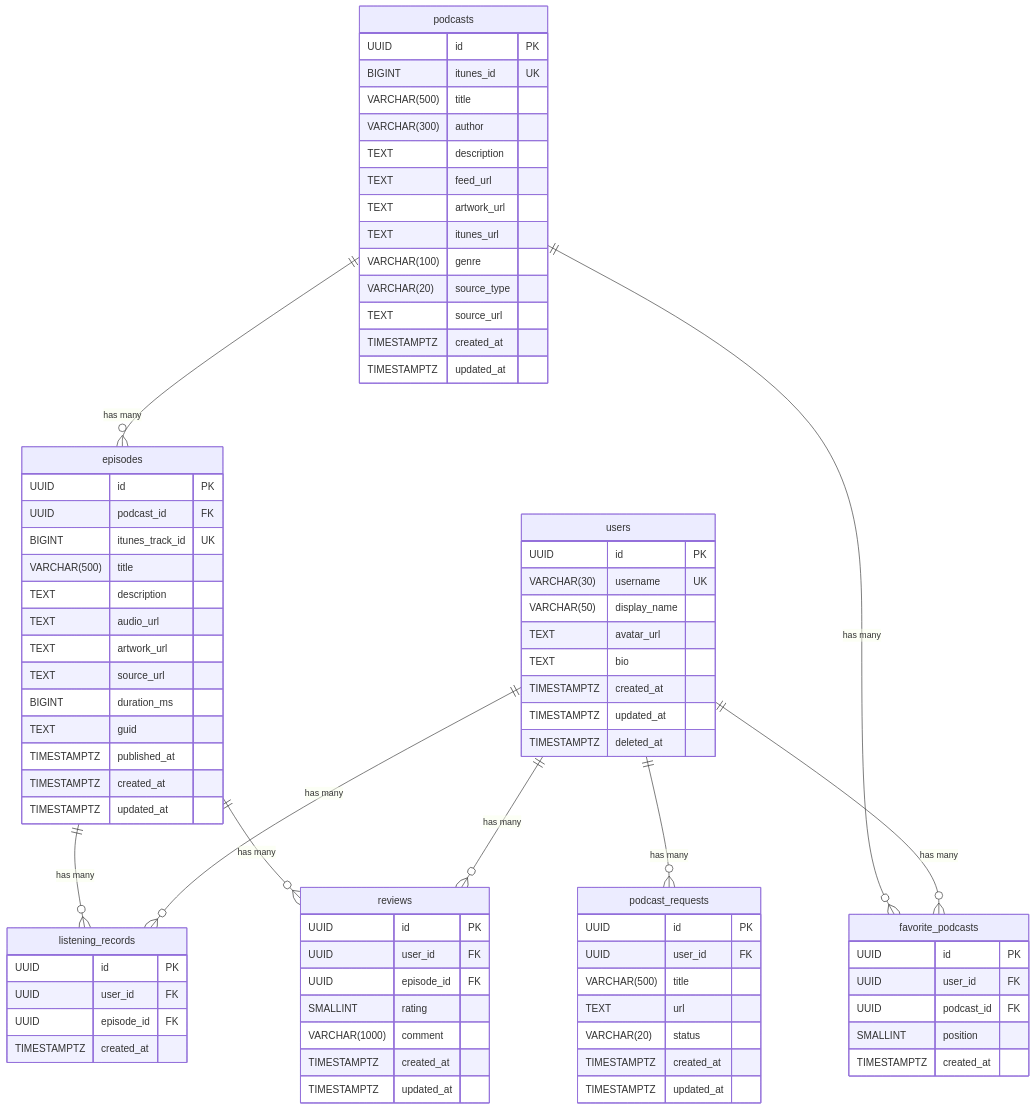
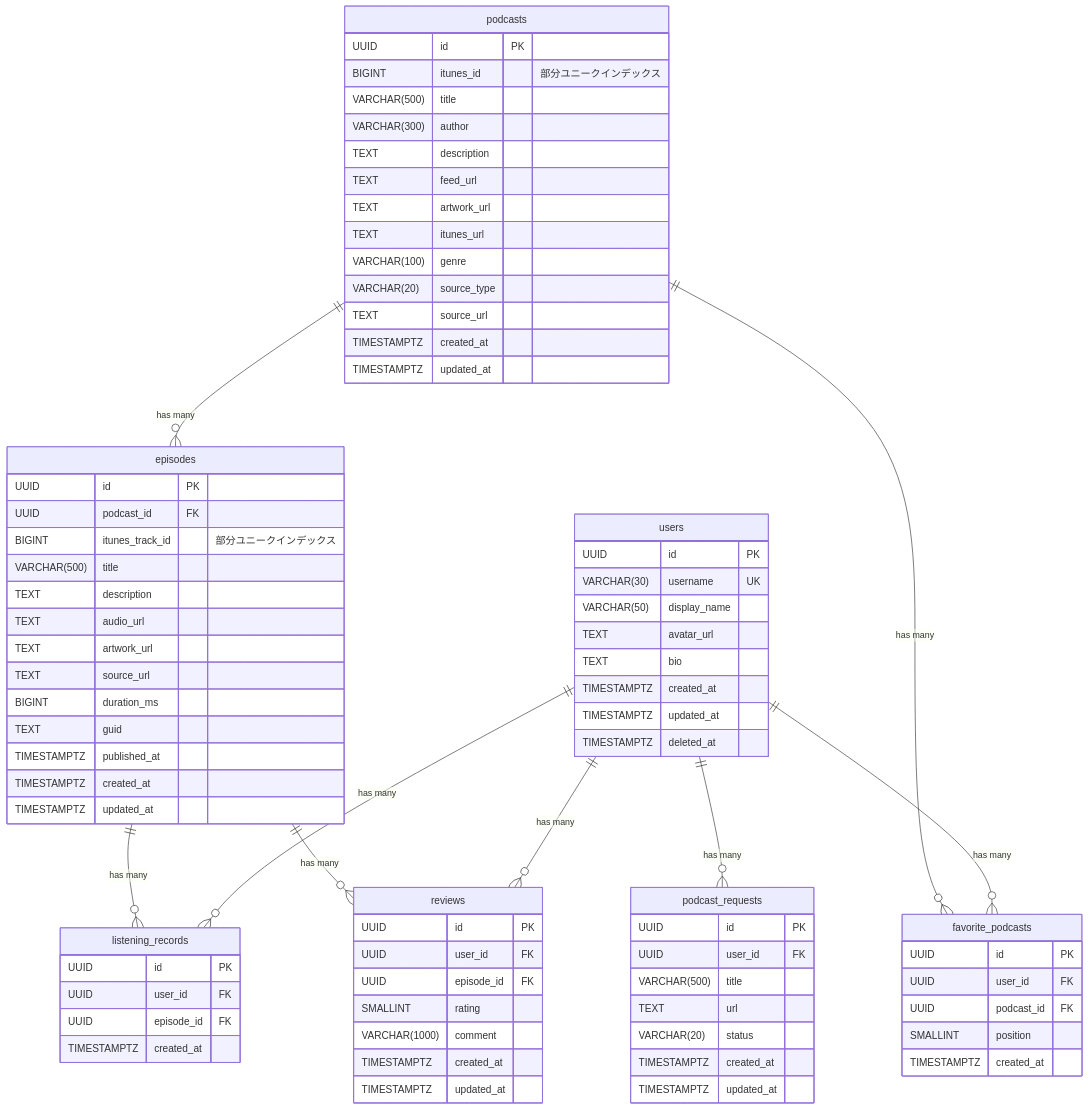
Before and after one commit to Koseeee-27/podlog: the diagram in backend/docs/database.md, drawn with Mermaid.

Commit message:
fix: ER図の itunes_id / itunes_track_id から UK 表記を削除
制約一覧では UNIQUE 制約を削除し部分ユニークインデックスで担保する
方針に変更済みだったが、ER図側が UK 表記のままだったため整合させた。

```diff
--- a/backend/docs/database.md
+++ b/backend/docs/database.md
@@ -17,7 +17,7 @@
 
     podcasts {
         UUID id PK
-        BIGINT itunes_id UK
+        BIGINT itunes_id "部分ユニークインデックス"
         VARCHAR(500) title
         VARCHAR(300) author
         TEXT description
@@ -34,7 +34,7 @@
     episodes {
         UUID id PK
         UUID podcast_id FK
-        BIGINT itunes_track_id UK
+        BIGINT itunes_track_id "部分ユニークインデックス"
         VARCHAR(500) title
         TEXT description
         TEXT audio_url
```
